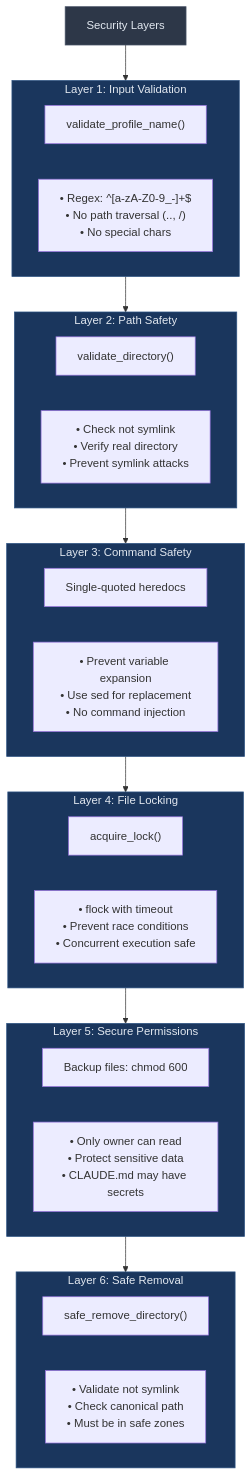
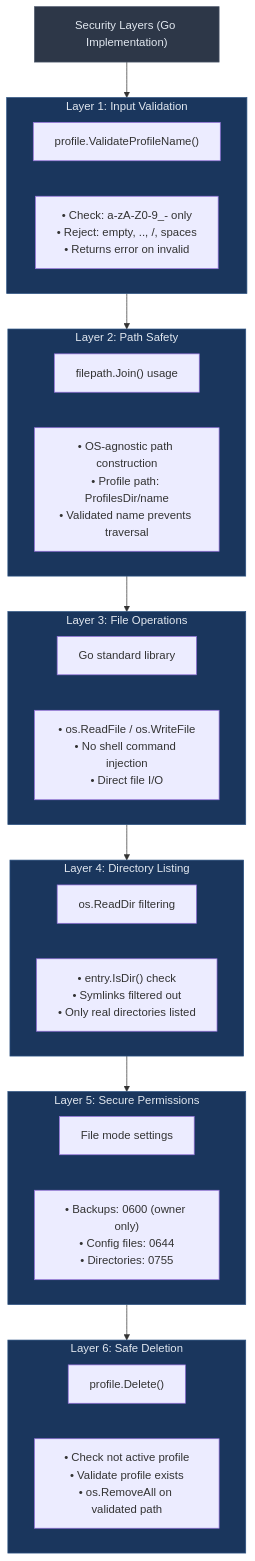
One commit to blackwell-systems/dotclaude changed the fourth of 5 diagrams in docs/ARCHITECTURE.md. Above: the diagram before and after it, drawn with Mermaid. The commit also changed other lines of this file, not shown here.

First line of the commit message:
docs: Rewrite ARCHITECTURE.md for Go migration

````diff
--- a/docs/ARCHITECTURE.md
+++ b/docs/ARCHITECTURE.md
@@ -118,44 +182,44 @@
 ```mermaid
 graph TB
-    title["Security Layers"]
+    title["Security Layers (Go Implementation)"]
 
     subgraph layer1["Layer 1: Input Validation"]
-        l1_func["validate_profile_name()"]
-        l1_rules["• Regex: ^[a-zA-Z0-9_-]+$<br/>• No path traversal (.., /)<br/>• No special chars"]
+        l1_func["profile.ValidateProfileName()"]
+        l1_rules["• Check: a-zA-Z0-9_- only<br/>• Reject: empty, .., /, spaces<br/>• Returns error on invalid"]
     end
 
     subgraph layer2["Layer 2: Path Safety"]
-        l2_func["validate_directory()"]
-        l2_rules["• Check not symlink<br/>• Verify real directory<br/>• Prevent symlink attacks"]
+        l2_func["filepath.Join() usage"]
+        l2_rules["• OS-agnostic path construction<br/>• Profile path: ProfilesDir/name<br/>• Validated name prevents traversal"]
     end
 
-    subgraph layer3["Layer 3: Command Safety"]
-        l3_func["Single-quoted heredocs"]
-        l3_rules["• Prevent variable expansion<br/>• Use sed for replacement<br/>• No command injection"]
+    subgraph layer3["Layer 3: File Operations"]
+        l3_func["Go standard library"]
+        l3_rules["• os.ReadFile / os.WriteFile<br/>• No shell command injection<br/>• Direct file I/O"]
     end
 
-    subgraph layer4["Layer 4: File Locking"]
-        l4_func["acquire_lock()"]
-        l4_rules["• flock with timeout<br/>• Prevent race conditions<br/>• Concurrent execution safe"]
+    subgraph layer4["Layer 4: Directory Listing"]
+        l4_func["os.ReadDir filtering"]
+        l4_rules["• entry.IsDir() check<br/>• Symlinks filtered out<br/>• Only real directories listed"]
     end
 
     subgraph layer5["Layer 5: Secure Permissions"]
-        l5_func["Backup files: chmod 600"]
-        l5_rules["• Only owner can read<br/>• Protect sensitive data<br/>• CLAUDE.md may have secrets"]
+        l5_func["File mode settings"]
+        l5_rules["• Backups: 0600 (owner only)<br/>• Config files: 0644<br/>• Directories: 0755"]
     end
 
-    subgraph layer6["Layer 6: Safe Removal"]
-        l6_func["safe_remove_directory()"]
-        l6_rules["• Validate not symlink<br/>• Check canonical path<br/>• Must be in safe zones"]
+    subgraph layer6["Layer 6: Safe Deletion"]
+        l6_func["profile.Delete()"]
+        l6_rules["• Check not active profile<br/>• Validate profile exists<br/>• os.RemoveAll on validated path"]
     end
 
     title --> layer1 --> layer2 --> layer3 --> layer4 --> layer5 --> layer6
 
     style title fill:#2d3748,stroke:#4a5568,color:#e2e8f0
     style layer1 fill:#1a365d,stroke:#2c5282,color:#e2e8f0
     style layer2 fill:#1a365d,stroke:#2c5282,color:#e2e8f0
     style layer3 fill:#1a365d,stroke:#2c5282,color:#e2e8f0
     style layer4 fill:#1a365d,stroke:#2c5282,color:#e2e8f0
     style layer5 fill:#1a365d,stroke:#2c5282,color:#e2e8f0
     style layer6 fill:#1a365d,stroke:#2c5282,color:#e2e8f0
 ```
````
